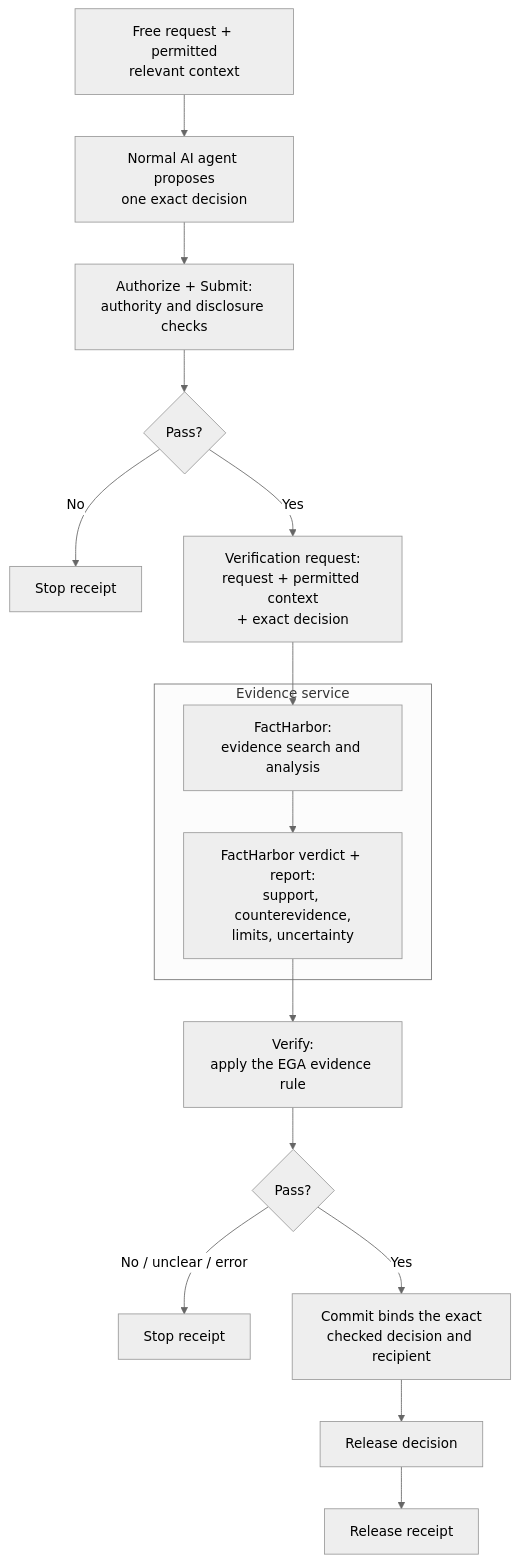
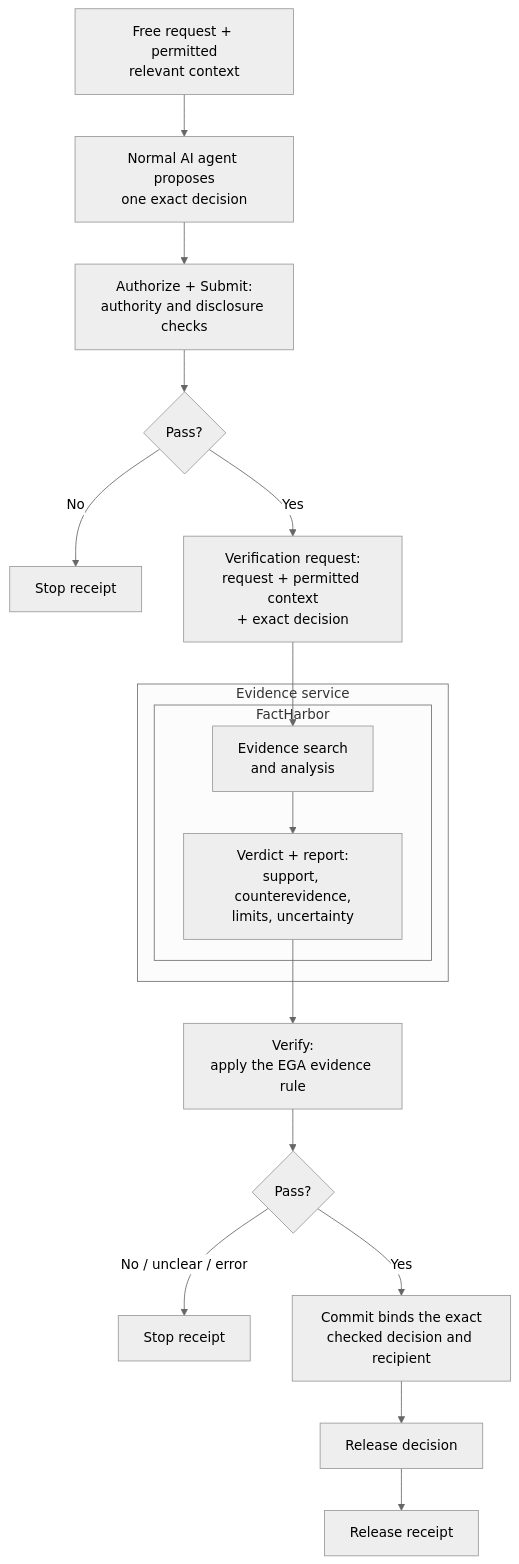
One commit to robertschaub/our-ai-charter changed the second of 2 diagrams in docs/Assurance/Concepts/evidence-gated-agents.md. Above: the diagram before and after it, drawn with Mermaid (neutral theme).

Commit message:
docs(ega): show FactHarbor service boundary

````diff
--- a/docs/Assurance/Concepts/evidence-gated-agents.md
+++ b/docs/Assurance/Concepts/evidence-gated-agents.md
@@ -86,18 +86,20 @@
 ```mermaid
 flowchart TD
     U["Free request + permitted<br/>relevant context"] --> A["Normal AI agent proposes<br/>one exact decision"]
     A --> PRE["Authorize + Submit:<br/>authority and disclosure checks"]
     PRE --> P{"Pass?"}
     P -->|No| N1["Stop receipt"]
     P -->|Yes| Q["Verification request:<br/>request + permitted context<br/>+ exact decision"]
     subgraph ES["Evidence service"]
-        F["FactHarbor:<br/>evidence search and analysis"] --> FR["FactHarbor verdict + report:<br/>support, counterevidence,<br/>limits, uncertainty"]
+        subgraph FH["FactHarbor"]
+            F["Evidence search<br/>and analysis"] --> FR["Verdict + report:<br/>support, counterevidence,<br/>limits, uncertainty"]
+        end
     end
     Q --> F
     FR --> V["Verify:<br/>apply the EGA evidence rule"]
     V --> D{"Pass?"}
     D -->|No / unclear / error| N2["Stop receipt"]
     D -->|Yes| C["Commit binds the exact<br/>checked decision and recipient"]
     C --> O["Release decision"]
     O --> RR["Release receipt"]
 ```
````
